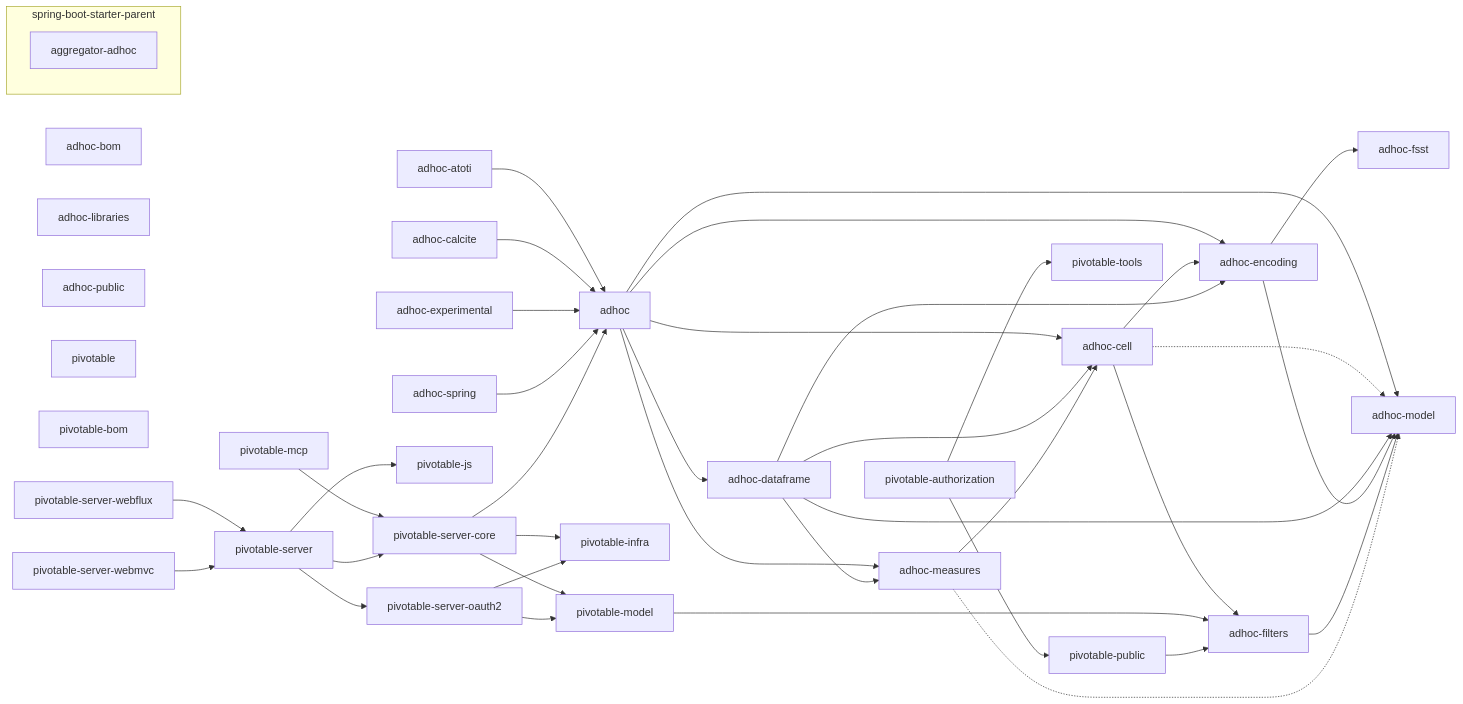
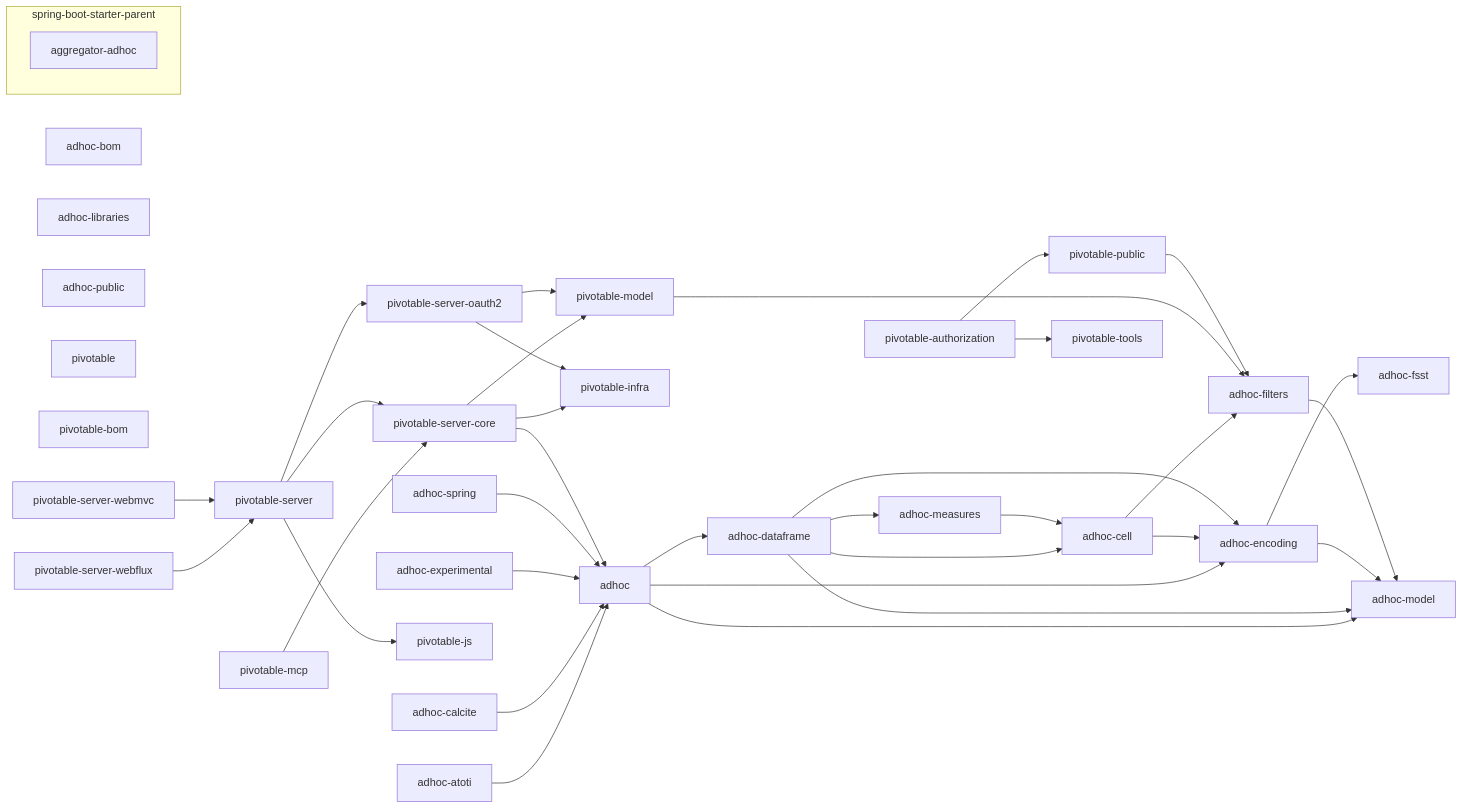
One commit to solven-eu/adhoc changed the diagram in docs/DEPENDENCIES.mmd. Above: the diagram before and after it, drawn with Mermaid. The commit also changed 4 other files, not shown here.

```diff
--- a/docs/DEPENDENCIES.mmd
+++ b/docs/DEPENDENCIES.mmd
@@ -1,71 +1,67 @@
 flowchart LR
     adhoc["adhoc"]
     adhoc_atoti["adhoc-atoti"]
     adhoc_bom["adhoc-bom"]
     adhoc_calcite["adhoc-calcite"]
     adhoc_cell["adhoc-cell"]
     adhoc_dataframe["adhoc-dataframe"]
     adhoc_encoding["adhoc-encoding"]
     adhoc_experimental["adhoc-experimental"]
     adhoc_filters["adhoc-filters"]
     adhoc_fsst["adhoc-fsst"]
     adhoc_libraries["adhoc-libraries"]
     adhoc_measures["adhoc-measures"]
     adhoc_model["adhoc-model"]
     adhoc_public["adhoc-public"]
     adhoc_spring["adhoc-spring"]
     pivotable["pivotable"]
     pivotable_authorization["pivotable-authorization"]
     pivotable_bom["pivotable-bom"]
     pivotable_infra["pivotable-infra"]
     pivotable_js["pivotable-js"]
     pivotable_mcp["pivotable-mcp"]
     pivotable_model["pivotable-model"]
     pivotable_public["pivotable-public"]
     pivotable_server["pivotable-server"]
     pivotable_server_core["pivotable-server-core"]
     pivotable_server_oauth2["pivotable-server-oauth2"]
     pivotable_server_webflux["pivotable-server-webflux"]
     pivotable_server_webmvc["pivotable-server-webmvc"]
     pivotable_tools["pivotable-tools"]
 
     subgraph spring-boot-starter-parent
         aggregator_adhoc["aggregator-adhoc"]
     end
 
-    adhoc --> adhoc_cell
     adhoc --> adhoc_dataframe
     adhoc --> adhoc_encoding
-    adhoc --> adhoc_measures
     adhoc --> adhoc_model
     adhoc_atoti --> adhoc
     adhoc_calcite --> adhoc
     adhoc_cell --> adhoc_encoding
     adhoc_cell --> adhoc_filters
-    adhoc_cell -.-> adhoc_model
     adhoc_dataframe --> adhoc_cell
     adhoc_dataframe --> adhoc_encoding
     adhoc_dataframe --> adhoc_measures
     adhoc_dataframe --> adhoc_model
     adhoc_encoding --> adhoc_fsst
     adhoc_encoding --> adhoc_model
     adhoc_experimental --> adhoc
     adhoc_filters --> adhoc_model
     adhoc_measures --> adhoc_cell
-    adhoc_measures -.-> adhoc_model
     adhoc_spring --> adhoc
     pivotable_authorization --> pivotable_public
     pivotable_authorization --> pivotable_tools
     pivotable_mcp --> pivotable_server_core
     pivotable_model --> adhoc_filters
     pivotable_public --> adhoc_filters
     pivotable_server --> pivotable_js
     pivotable_server --> pivotable_server_core
     pivotable_server --> pivotable_server_oauth2
     pivotable_server_core --> adhoc
     pivotable_server_core --> pivotable_infra
     pivotable_server_core --> pivotable_model
     pivotable_server_oauth2 --> pivotable_infra
     pivotable_server_oauth2 --> pivotable_model
     pivotable_server_webflux --> pivotable_server
     pivotable_server_webmvc --> pivotable_server
```
